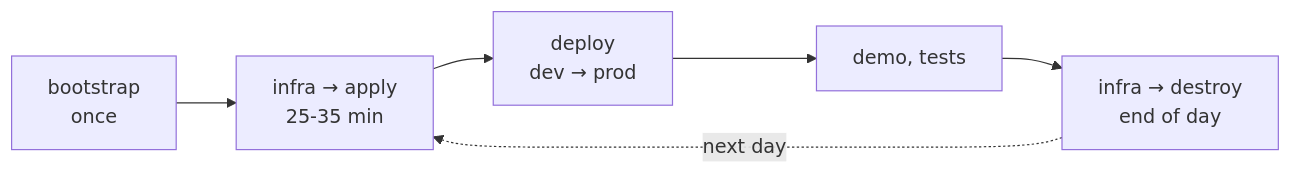
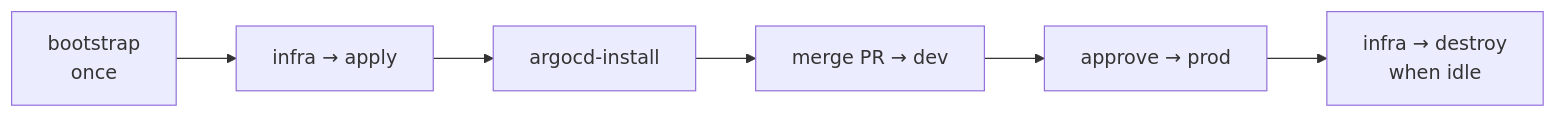
One commit to ngems1/Sec-GitOps-platform changed the eighth of 8 diagrams in README.md. Above: the diagram before and after it, drawn with Mermaid. The commit also changed other lines of this file and 2 other files, not shown here.

Commit message:
docs: recruiter-focused README, executive summary and architecture diagrams (#92)

````diff
--- a/README.md
+++ b/README.md
@@ -308,5 +351,4 @@
 ```mermaid
 flowchart LR
-    boot[bootstrap<br/>once] --> apply[infra → apply<br/>25-35 min] --> deploy[deploy<br/>dev → prod] --> work[demo, tests] --> destroy[infra → destroy<br/>end of day]
-    destroy -.->|next day| apply
+    b[bootstrap<br/>once] --> i[infra → apply] --> a[argocd-install] --> d[merge PR → dev] --> p[approve → prod] --> x[infra → destroy<br/>when idle]
 ```
````
